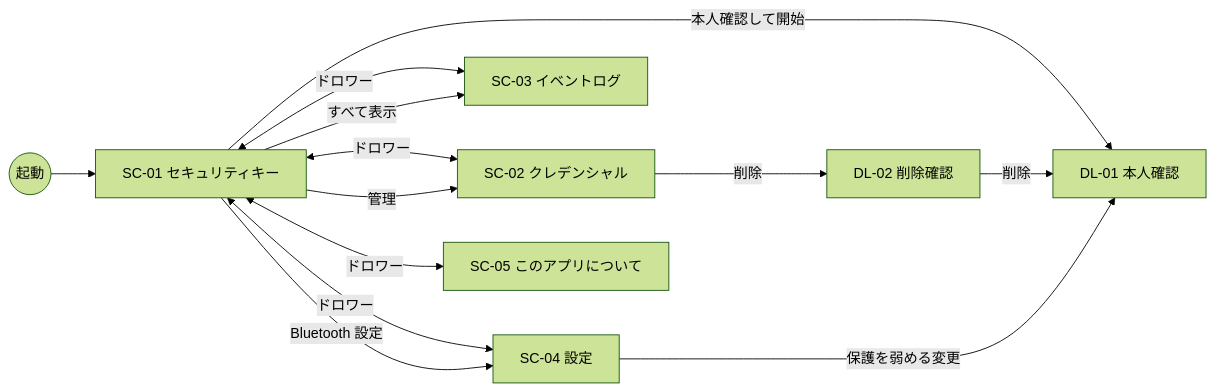
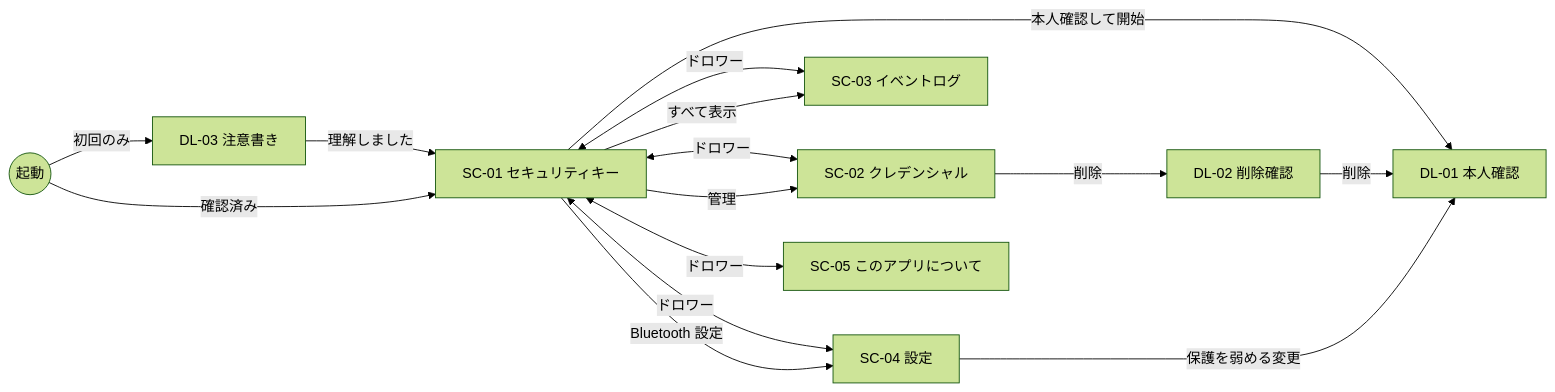
The diagram in docs/design/basic/06_ui.md (tecogonaz0439/TCAndroidKey), drawn with Mermaid (forest theme) before and after one commit. The commit also changed other lines of this file and 16 other files, not shown here.

````diff
--- a/docs/design/basic/06_ui.md
+++ b/docs/design/basic/06_ui.md
@@ -24,15 +26,17 @@
 ```mermaid
 flowchart LR
-    START(("起動")) --> SC01["SC-01 セキュリティキー"]
+    START(("起動")) --> |"初回のみ"| DL03["DL-03 注意書き"]
+    DL03 --> |"理解しました"| SC01["SC-01 セキュリティキー"]
+    START --> |"確認済み"| SC01
     SC01 <--> |"ドロワー"| SC02["SC-02 クレデンシャル"]
     SC01 <--> |"ドロワー"| SC03["SC-03 イベントログ"]
     SC01 <--> |"ドロワー"| SC04["SC-04 設定"]
     SC01 <--> |"ドロワー"| SC05["SC-05 このアプリについて"]
     SC01 --> |"管理"| SC02
     SC01 --> |"すべて表示"| SC03
     SC01 --> |"Bluetooth 設定"| SC04
     SC01 --> |"本人確認して開始"| DL01["DL-01 本人確認"]
     SC02 --> |"削除"| DL02["DL-02 削除確認"]
     DL02 --> |"削除"| DL01
     SC04 --> |"保護を弱める変更"| DL01
 ```
````
